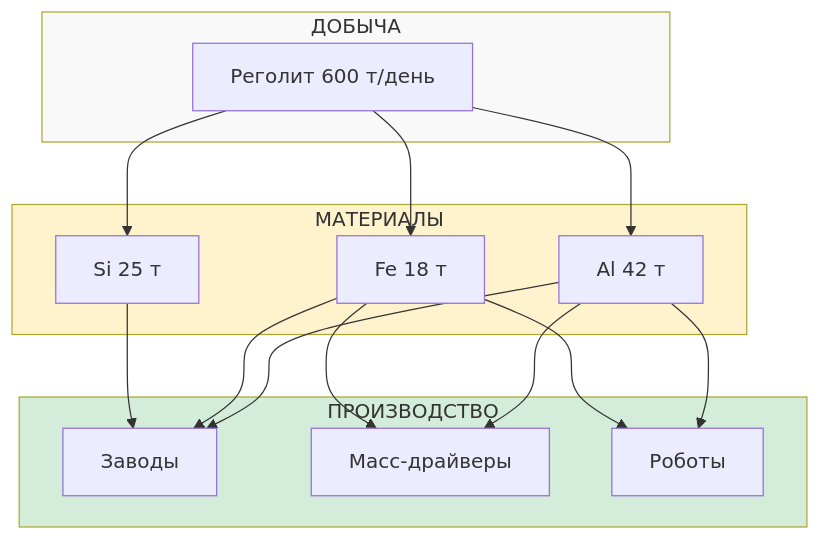
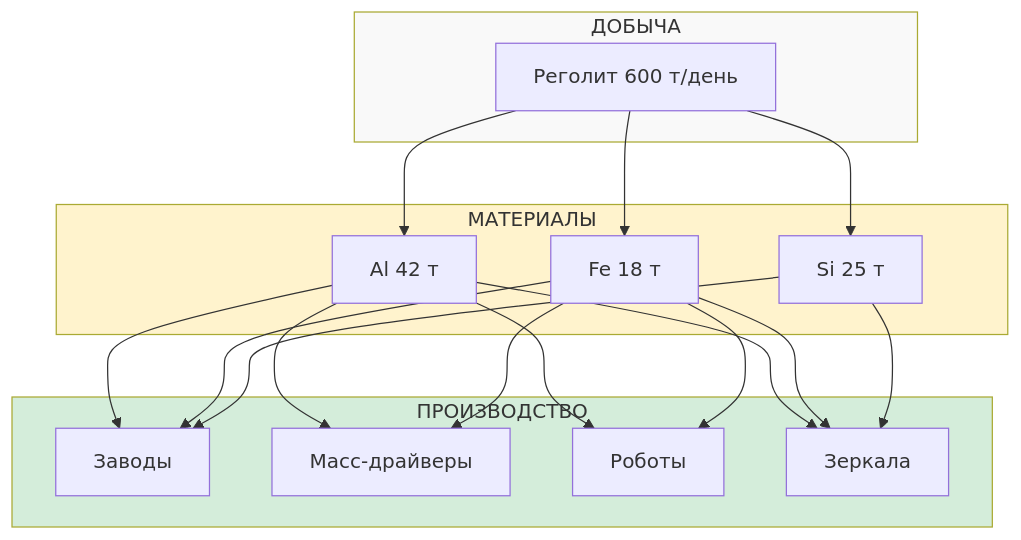
Before and after one commit to DmitryNasikanov/infinite-energy: the fourth of 4 diagrams in ru/science/detailed/production/overview.qmd, drawn with Mermaid. The commit also changed other lines of this file and 66 other files, not shown here.

````diff
--- a/ru/science/detailed/production/overview.qmd
+++ b/ru/science/detailed/production/overview.qmd
@@ -193,36 +216,40 @@
 ```{mermaid}
 flowchart TD
     subgraph ДОБЫЧА["ДОБЫЧА"]
         REG["Реголит 600 т/день"]
     end
 
     subgraph MATERIALS["МАТЕРИАЛЫ"]
         AL["Al 42 т"]
         FE["Fe 18 т"]
         SI["Si 25 т"]
     end
 
     subgraph PRODUCTION["ПРОИЗВОДСТВО"]
         FAC["Заводы"]
         RG["Масс-драйверы"]
         ROB["Роботы"]
+        MIR["Зеркала"]
     end
 
     REG --> AL
     REG --> FE
     REG --> SI
 
     AL --> FAC
     AL --> RG
     AL --> ROB
+    AL --> MIR
 
     FE --> FAC
     FE --> RG
     FE --> ROB
+    FE --> MIR
 
     SI --> FAC
+    SI --> MIR
 
     style ДОБЫЧА fill:#f9f9f9
     style MATERIALS fill:#fff3cd
     style PRODUCTION fill:#d4edda
 ```
````
